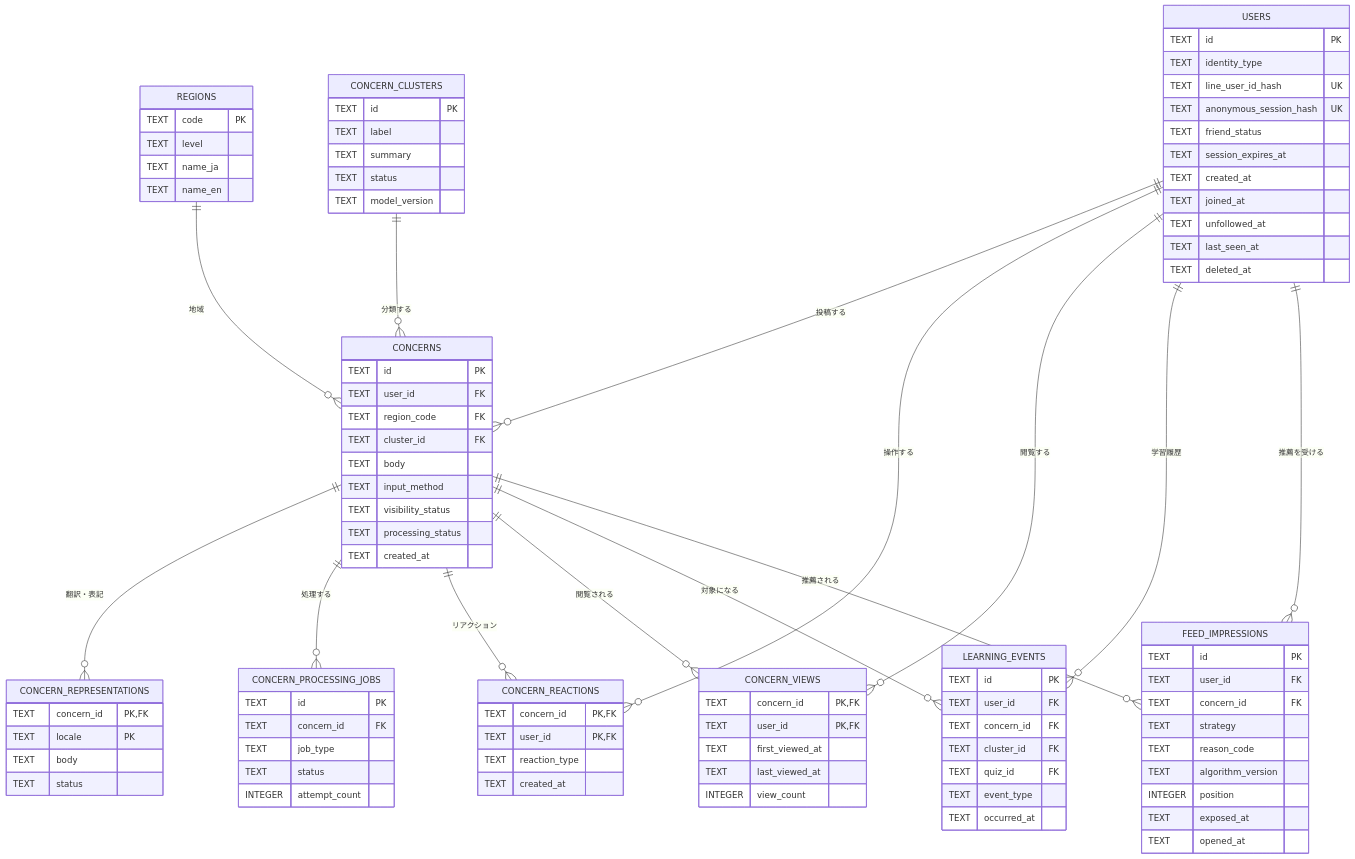
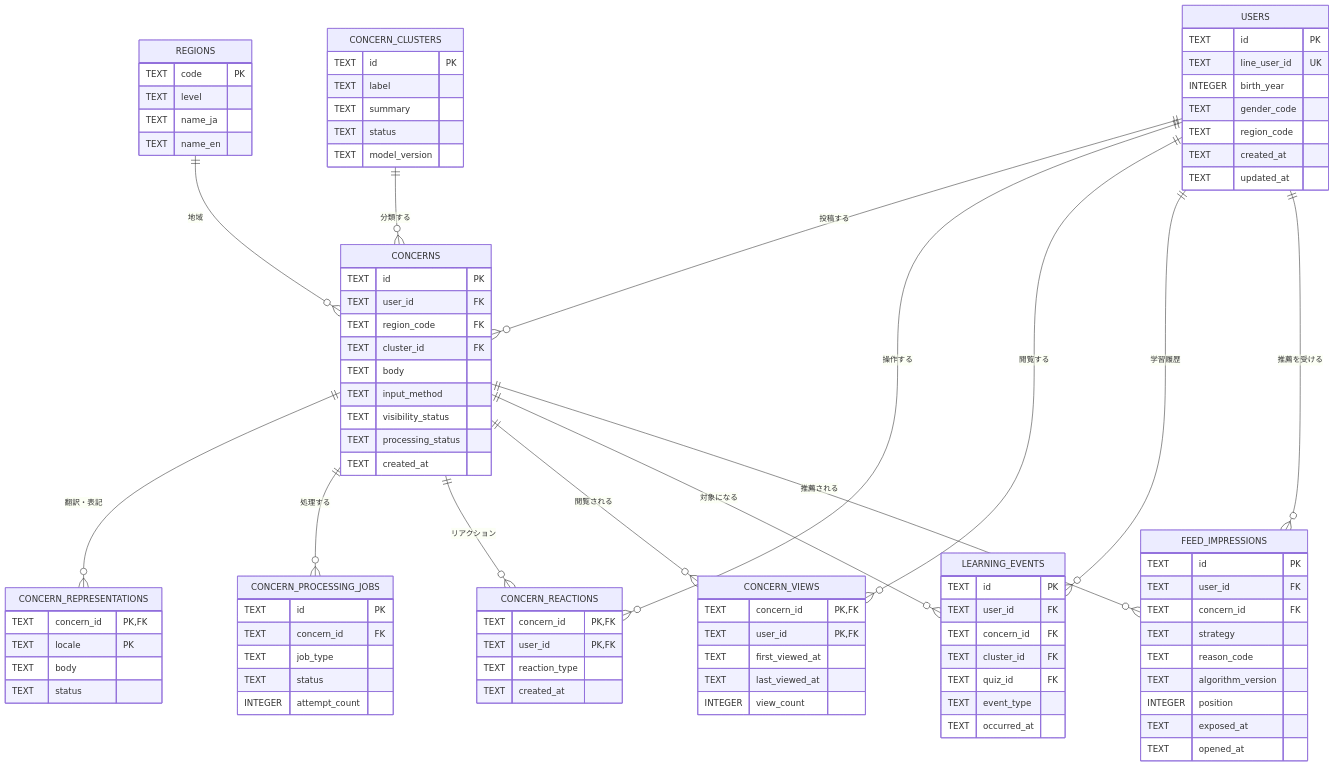
One commit to Digix00/58-Hackathon-202609 changed the first of 3 diagrams in docs/technical/database.md. Above: the diagram before and after it, drawn with Mermaid. The commit also changed other lines of this file and 22 other files, not shown here.

```diff
--- a/docs/technical/database.md
+++ b/docs/technical/database.md
@@ -75,16 +75,12 @@
 
   USERS {
     TEXT id PK
-    TEXT identity_type
-    TEXT line_user_id_hash UK
-    TEXT anonymous_session_hash UK
-    TEXT friend_status
-    TEXT session_expires_at
+    TEXT line_user_id UK
+    INTEGER birth_year
+    TEXT gender_code
+    TEXT region_code
     TEXT created_at
-    TEXT joined_at
-    TEXT unfollowed_at
-    TEXT last_seen_at
-    TEXT deleted_at
+    TEXT updated_at
   }
 
   REGIONS {
```
